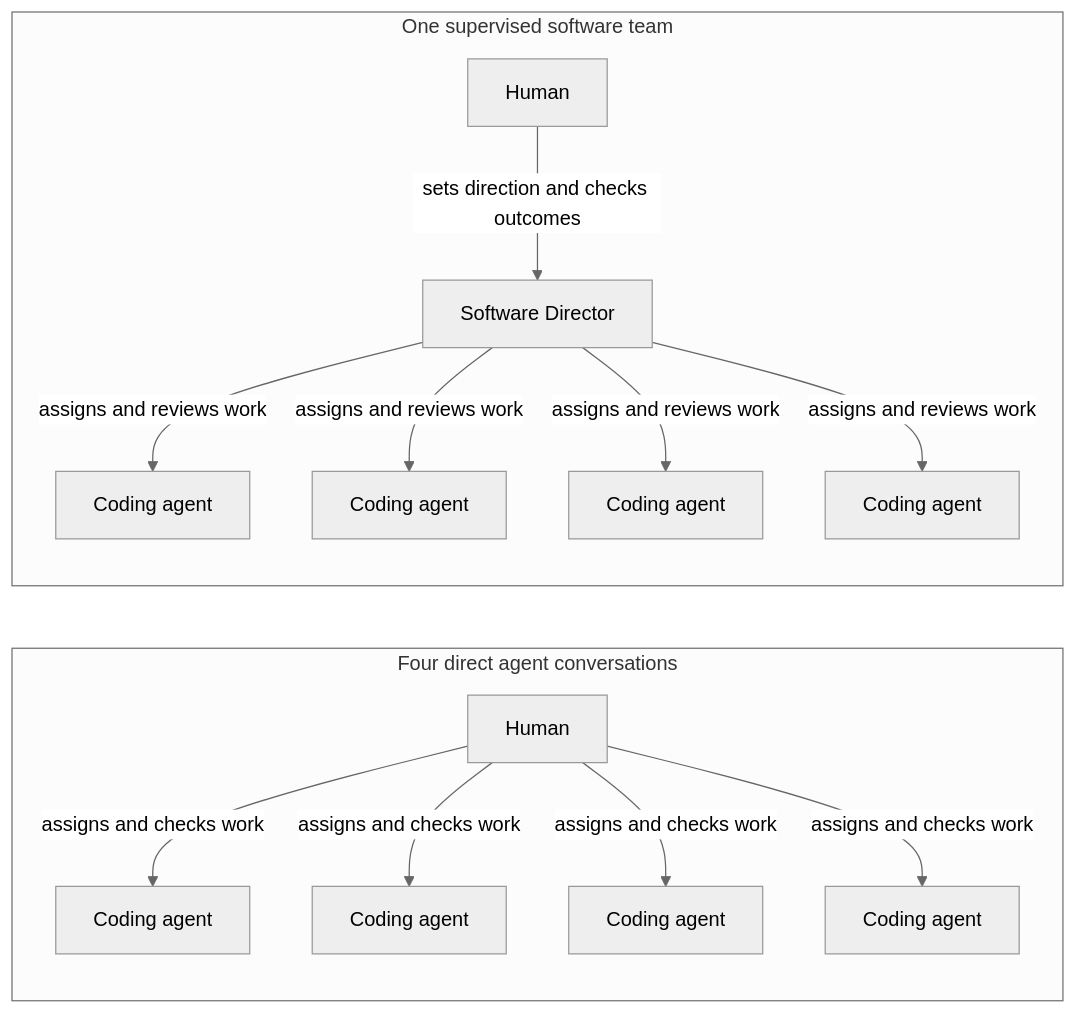
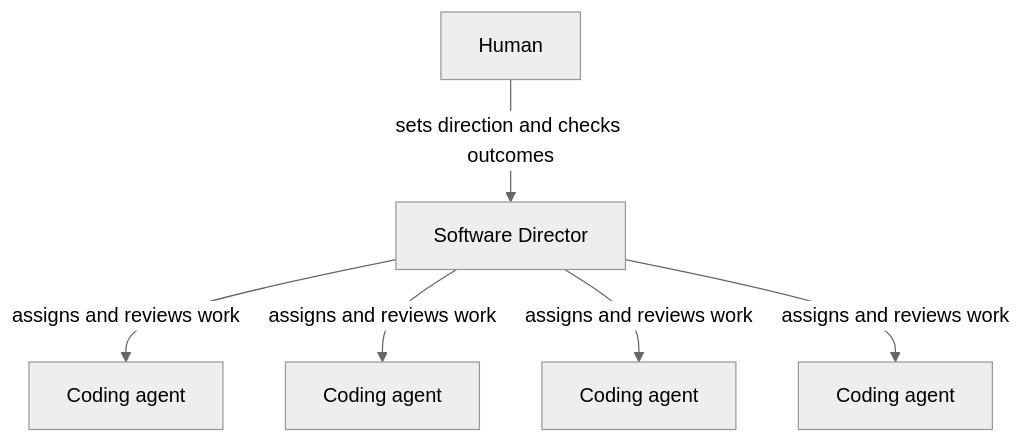
The second of 3 diagrams in stories/ANTH-37add672-9ba9-41ff-8aea-8720bf5f7847/article.md (AnthusAI/anthus-semantic-knowledge-base), drawn with Mermaid (neutral theme) before and after one commit. The commit also changed other lines of this file and 2 other files, not shown here.

Commit message:
Split executive article comparison diagrams

````diff
--- a/stories/ANTH-37add672-9ba9-41ff-8aea-8720bf5f7847/article.md
+++ b/stories/ANTH-37add672-9ba9-41ff-8aea-8720bf5f7847/article.md
@@ -43,28 +60,14 @@
 ```mermaid
-flowchart LR
-    subgraph FLAT["Four direct agent conversations"]
-        H1["Human"]
-        A1["Coding agent"]
-        A2["Coding agent"]
-        A3["Coding agent"]
-        A4["Coding agent"]
-        H1 -->|"assigns and checks work"| A1
-        H1 -->|"assigns and checks work"| A2
-        H1 -->|"assigns and checks work"| A3
-        H1 -->|"assigns and checks work"| A4
-    end
-
-    subgraph MANAGED["One supervised software team"]
-        H2["Human"]
-        D["Software Director"]
-        B1["Coding agent"]
-        B2["Coding agent"]
-        B3["Coding agent"]
-        B4["Coding agent"]
-        H2 -->|"sets direction and checks outcomes"| D
-        D -->|"assigns and reviews work"| B1
-        D -->|"assigns and reviews work"| B2
-        D -->|"assigns and reviews work"| B3
-        D -->|"assigns and reviews work"| B4
-    end
+flowchart TB
+    H2["Human"]
+    D["Software Director"]
+    B1["Coding agent"]
+    B2["Coding agent"]
+    B3["Coding agent"]
+    B4["Coding agent"]
+    H2 -->|"sets direction and checks outcomes"| D
+    D -->|"assigns and reviews work"| B1
+    D -->|"assigns and reviews work"| B2
+    D -->|"assigns and reviews work"| B3
+    D -->|"assigns and reviews work"| B4
 ```
````
